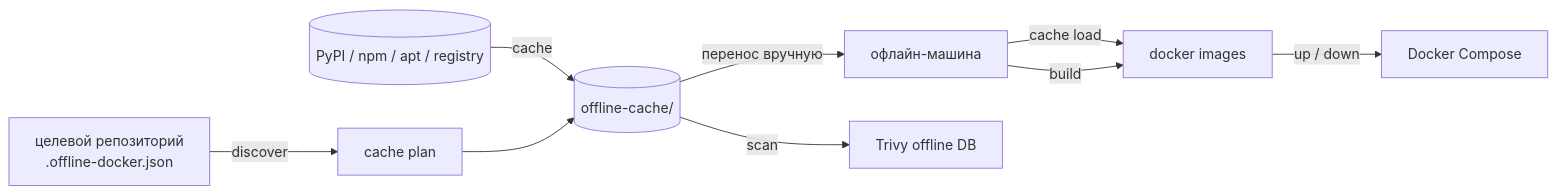
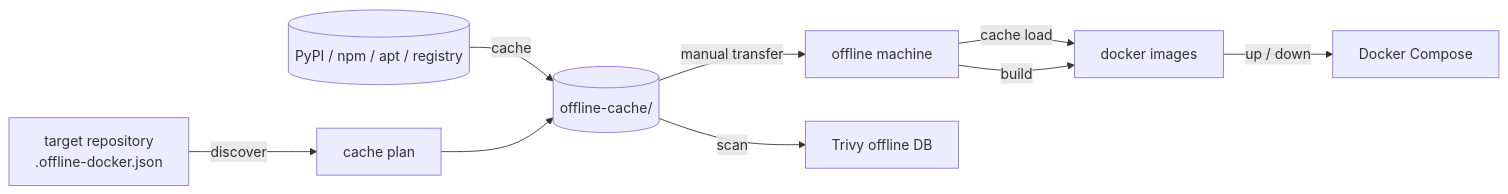
The diagram in README.md (DzmitrySha/offline-docker-cli), drawn with Mermaid before and after one commit. The commit also changed other lines of this file and 10 other files, not shown here.

````diff
--- a/README.md
+++ b/README.md
@@ -43,11 +43,11 @@
 ```mermaid
 flowchart LR
-  proj[целевой репозиторий<br/>.offline-docker.json] -->|discover| plan[cache plan]
+  proj[target repository<br/>.offline-docker.json] -->|discover| plan[cache plan]
   net[(PyPI / npm / apt / registry)] -->|cache| bundle[(offline-cache/)]
   plan --> bundle
-  bundle -->|перенос вручную| offline[офлайн-машина]
+  bundle -->|manual transfer| offline[offline machine]
   offline -->|cache load| images[docker images]
   offline -->|build| images
   images -->|up / down| stack[Docker Compose]
   bundle -->|scan| trivy[Trivy offline DB]
 ```
````
